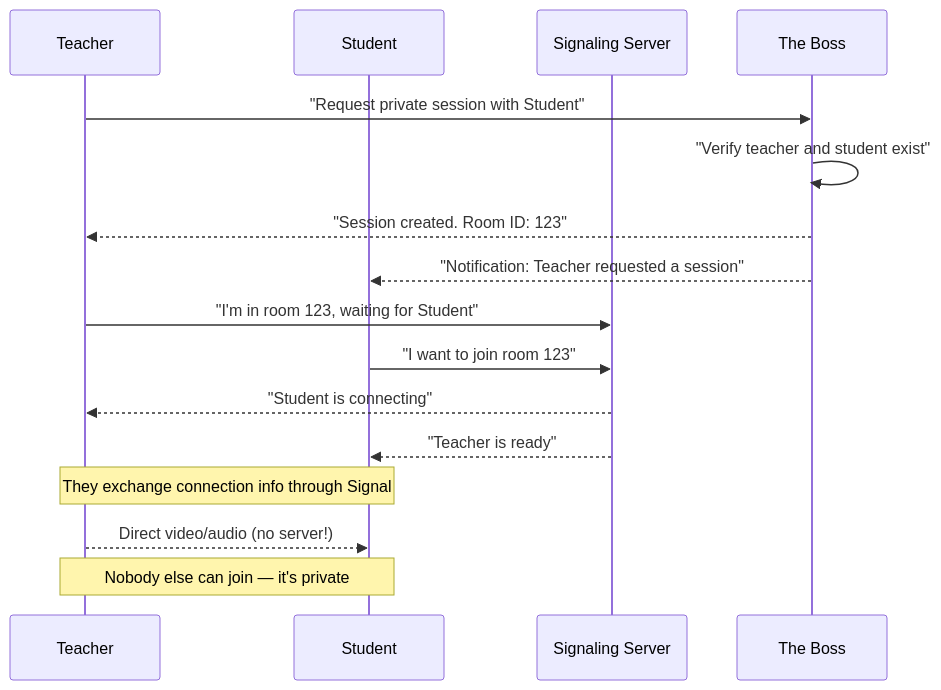
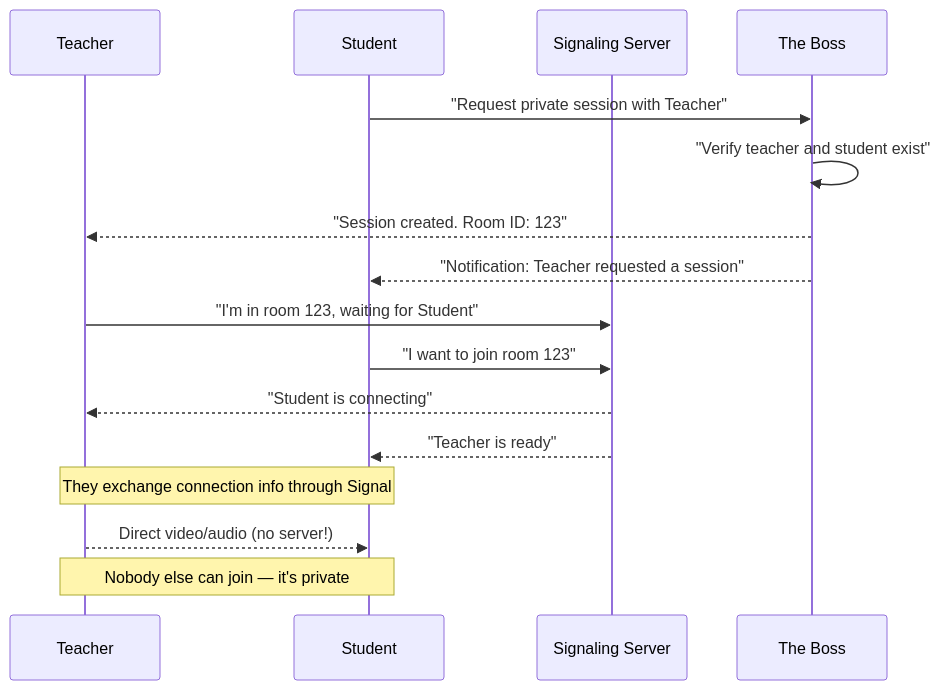
Before and after one commit to Ahmed-yasser86/Ahmedrix-Educational-Platfrom-Ecosystem: diagram 11 of 12 in README.md, drawn with Mermaid. The commit also changed other lines of this file, not shown here.

````diff
--- a/README.md
+++ b/README.md
@@ -460,24 +460,24 @@
 ```mermaid
 sequenceDiagram
     participant Teacher
     participant Student
     participant Signal as Signaling Server
     participant API as The Boss
 
-    Teacher->>API: "Request private session with Student"
+    Student->>API: "Request private session with Teacher"
     API->>API: "Verify teacher and student exist"
     API-->>Teacher: "Session created. Room ID: 123"
     API-->>Student: "Notification: Teacher requested a session"
     
     Teacher->>Signal: "I'm in room 123, waiting for Student"
     Student->>Signal: "I want to join room 123"
     
     Signal-->>Teacher: "Student is connecting"
     Signal-->>Student: "Teacher is ready"
     
     Note over Teacher,Student: They exchange connection info through Signal
     
     Teacher-->>Student: Direct video/audio (no server!)
     
     Note over Teacher,Student: Nobody else can join — it's private
 ```
````
